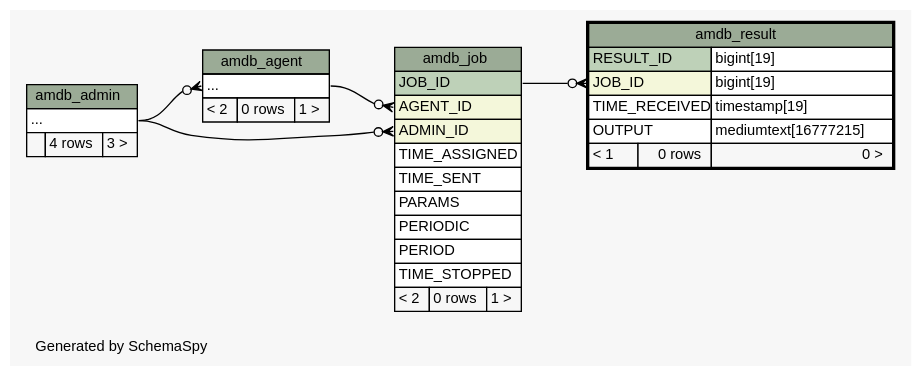
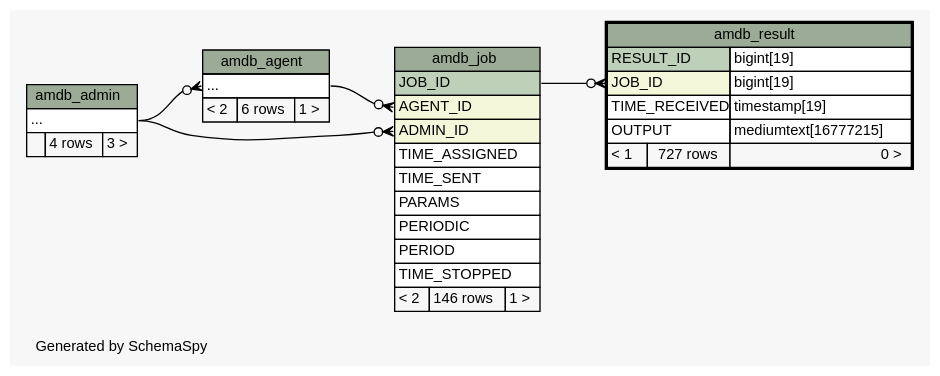
The diagram in am/doc/schemaspy/diagrams/amdb_result.2degrees.dot (yannikab/k23b_ac), drawn with Graphviz before and after one commit. The commit also changed 46 other files, not shown here.

Commit message:
Database schema changes for Aggregator Manager.

```diff
--- a/am/doc/schemaspy/diagrams/amdb_result.2degrees.dot
+++ b/am/doc/schemaspy/diagrams/amdb_result.2degrees.dot
@@ -1,77 +1,77 @@
 // dot 2.38.0 on Linux 4.0.5-gentoo
 // SchemaSpy rev 590
 digraph "twoDegreesRelationshipsDiagram" {
   graph [
     rankdir="RL"
     bgcolor="#f7f7f7"
     label="\nGenerated by SchemaSpy"
     labeljust="l"
     nodesep="0.18"
     ranksep="0.46"
     fontname="Helvetica"
     fontsize="11"
   ];
   node [
     fontname="Helvetica"
     fontsize="11"
     shape="plaintext"
   ];
   edge [
     arrowsize="0.8"
   ];
   "amdb_agent":"elipses":w -> "amdb_admin":"elipses":e [arrowhead=none dir=back arrowtail=crowodot];
   "amdb_job":"ADMIN_ID":w -> "amdb_admin":"elipses":e [arrowhead=none dir=back arrowtail=crowodot];
   "amdb_job":"AGENT_ID":w -> "amdb_agent":"elipses":e [arrowhead=none dir=back arrowtail=crowodot];
   "amdb_result":"JOB_ID":w -> "amdb_job":"JOB_ID":e [arrowhead=none dir=back arrowtail=crowodot];
   "amdb_admin" [
     label=<
     <TABLE BORDER="0" CELLBORDER="1" CELLSPACING="0" BGCOLOR="#ffffff">
       <TR><TD COLSPAN="3" BGCOLOR="#9bab96" ALIGN="CENTER">amdb_admin</TD></TR>
       <TR><TD PORT="elipses" COLSPAN="3" ALIGN="LEFT">...</TD></TR>
       <TR><TD ALIGN="LEFT" BGCOLOR="#f7f7f7">  </TD><TD ALIGN="RIGHT" BGCOLOR="#f7f7f7">4 rows</TD><TD ALIGN="RIGHT" BGCOLOR="#f7f7f7">3 &gt;</TD></TR>
     </TABLE>>
     URL="amdb_admin.html"
     tooltip="amdb_admin"
   ];
   "amdb_agent" [
     label=<
     <TABLE BORDER="0" CELLBORDER="1" CELLSPACING="0" BGCOLOR="#ffffff">
       <TR><TD COLSPAN="3" BGCOLOR="#9bab96" ALIGN="CENTER">amdb_agent</TD></TR>
       <TR><TD PORT="elipses" COLSPAN="3" ALIGN="LEFT">...</TD></TR>
-      <TR><TD ALIGN="LEFT" BGCOLOR="#f7f7f7">&lt; 2</TD><TD ALIGN="RIGHT" BGCOLOR="#f7f7f7">0 rows</TD><TD ALIGN="RIGHT" BGCOLOR="#f7f7f7">1 &gt;</TD></TR>
+      <TR><TD ALIGN="LEFT" BGCOLOR="#f7f7f7">&lt; 2</TD><TD ALIGN="RIGHT" BGCOLOR="#f7f7f7">6 rows</TD><TD ALIGN="RIGHT" BGCOLOR="#f7f7f7">1 &gt;</TD></TR>
     </TABLE>>
     URL="amdb_agent.html"
     tooltip="amdb_agent"
   ];
   "amdb_job" [
     label=<
     <TABLE BORDER="0" CELLBORDER="1" CELLSPACING="0" BGCOLOR="#ffffff">
       <TR><TD COLSPAN="3" BGCOLOR="#9bab96" ALIGN="CENTER">amdb_job</TD></TR>
       <TR><TD PORT="JOB_ID" COLSPAN="3" BGCOLOR="#bed1b8" ALIGN="LEFT">JOB_ID</TD></TR>
       <TR><TD PORT="AGENT_ID" COLSPAN="3" BGCOLOR="#f4f7da" ALIGN="LEFT">AGENT_ID</TD></TR>
       <TR><TD PORT="ADMIN_ID" COLSPAN="3" BGCOLOR="#f4f7da" ALIGN="LEFT">ADMIN_ID</TD></TR>
       <TR><TD PORT="TIME_ASSIGNED" COLSPAN="3" ALIGN="LEFT">TIME_ASSIGNED</TD></TR>
       <TR><TD PORT="TIME_SENT" COLSPAN="3" ALIGN="LEFT">TIME_SENT</TD></TR>
       <TR><TD PORT="PARAMS" COLSPAN="3" ALIGN="LEFT">PARAMS</TD></TR>
       <TR><TD PORT="PERIODIC" COLSPAN="3" ALIGN="LEFT">PERIODIC</TD></TR>
       <TR><TD PORT="PERIOD" COLSPAN="3" ALIGN="LEFT">PERIOD</TD></TR>
       <TR><TD PORT="TIME_STOPPED" COLSPAN="3" ALIGN="LEFT">TIME_STOPPED</TD></TR>
-      <TR><TD ALIGN="LEFT" BGCOLOR="#f7f7f7">&lt; 2</TD><TD ALIGN="RIGHT" BGCOLOR="#f7f7f7">0 rows</TD><TD ALIGN="RIGHT" BGCOLOR="#f7f7f7">1 &gt;</TD></TR>
+      <TR><TD ALIGN="LEFT" BGCOLOR="#f7f7f7">&lt; 2</TD><TD ALIGN="RIGHT" BGCOLOR="#f7f7f7">146 rows</TD><TD ALIGN="RIGHT" BGCOLOR="#f7f7f7">1 &gt;</TD></TR>
     </TABLE>>
     URL="amdb_job.html"
     tooltip="amdb_job"
   ];
   "amdb_result" [
     label=<
     <TABLE BORDER="2" CELLBORDER="1" CELLSPACING="0" BGCOLOR="#ffffff">
       <TR><TD COLSPAN="3" BGCOLOR="#9bab96" ALIGN="CENTER">amdb_result</TD></TR>
       <TR><TD PORT="RESULT_ID" COLSPAN="2" BGCOLOR="#bed1b8" ALIGN="LEFT">RESULT_ID</TD><TD PORT="RESULT_ID.type" ALIGN="LEFT">bigint[19]</TD></TR>
       <TR><TD PORT="JOB_ID" COLSPAN="2" BGCOLOR="#f4f7da" ALIGN="LEFT">JOB_ID</TD><TD PORT="JOB_ID.type" ALIGN="LEFT">bigint[19]</TD></TR>
       <TR><TD PORT="TIME_RECEIVED" COLSPAN="2" ALIGN="LEFT">TIME_RECEIVED</TD><TD PORT="TIME_RECEIVED.type" ALIGN="LEFT">timestamp[19]</TD></TR>
       <TR><TD PORT="OUTPUT" COLSPAN="2" ALIGN="LEFT">OUTPUT</TD><TD PORT="OUTPUT.type" ALIGN="LEFT">mediumtext[16777215]</TD></TR>
-      <TR><TD ALIGN="LEFT" BGCOLOR="#f7f7f7">&lt; 1</TD><TD ALIGN="RIGHT" BGCOLOR="#f7f7f7">0 rows</TD><TD ALIGN="RIGHT" BGCOLOR="#f7f7f7">0 &gt;</TD></TR>
+      <TR><TD ALIGN="LEFT" BGCOLOR="#f7f7f7">&lt; 1</TD><TD ALIGN="RIGHT" BGCOLOR="#f7f7f7">727 rows</TD><TD ALIGN="RIGHT" BGCOLOR="#f7f7f7">0 &gt;</TD></TR>
     </TABLE>>
     URL="amdb_result.html"
     tooltip="amdb_result"
   ];
 }
```
